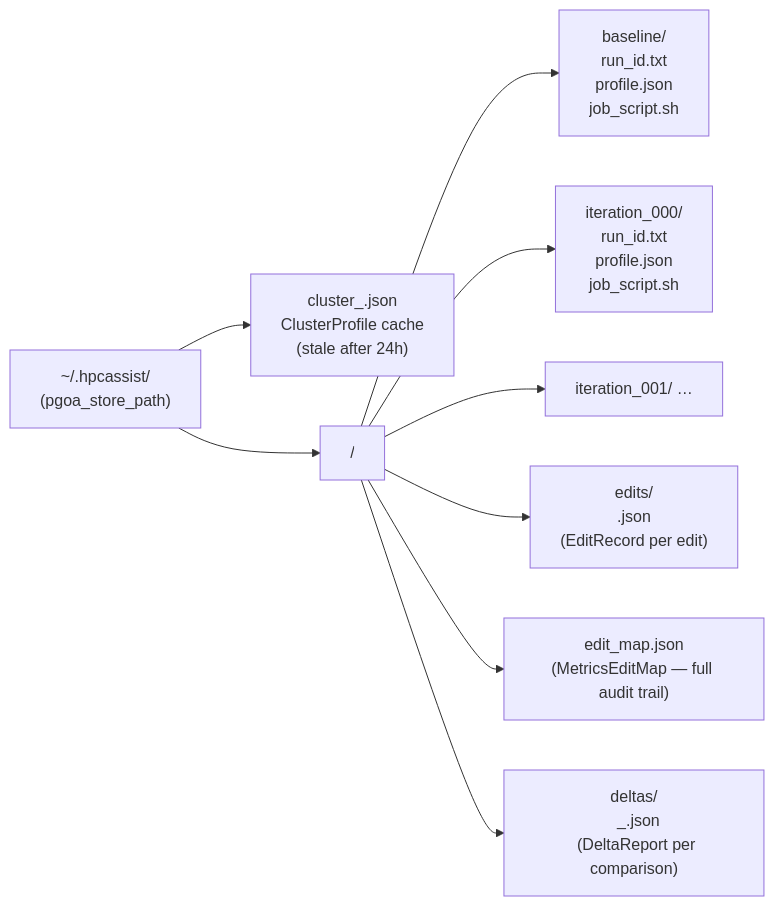
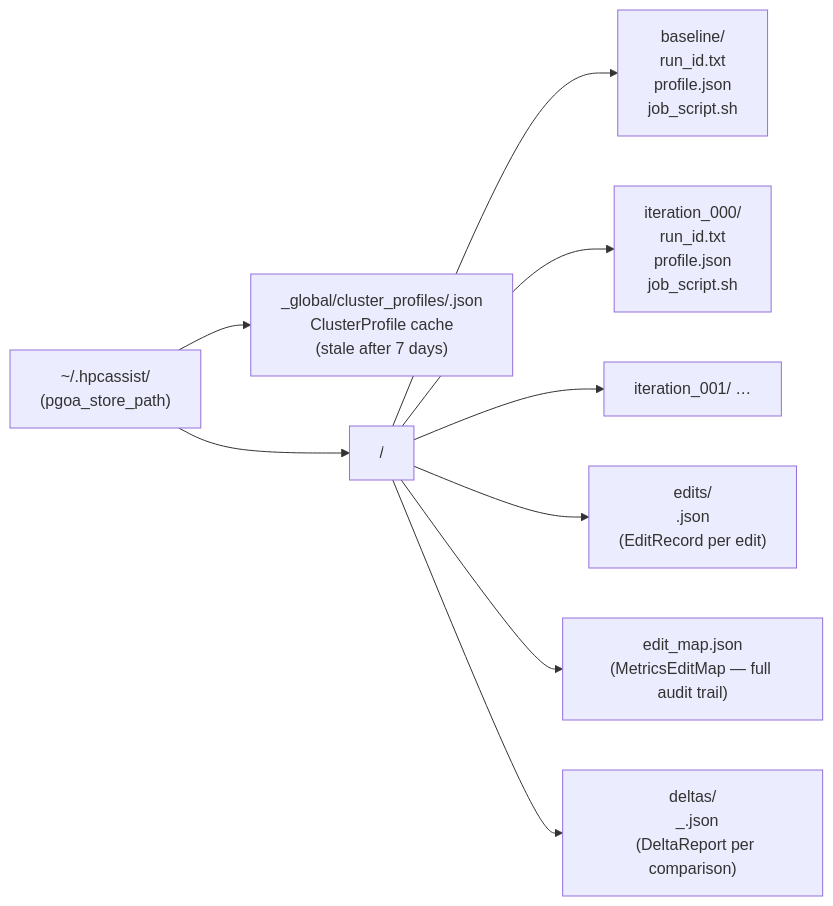
The fifth of 6 diagrams in docs/architecture.md (varunsv97/HPC-Claw), drawn with Mermaid before and after one commit. The commit also changed other lines of this file and 26 other files, not shown here.

Commit message:
Update architecture docs for module discovery

````diff
--- a/docs/architecture.md
+++ b/docs/architecture.md
@@ -372,14 +382,14 @@
 ```mermaid
 graph LR
     Base["~/.hpcassist/\n(pgoa_store_path)"]
 
-    Base --> CL["cluster_<name>.json\nClusterProfile cache\n(stale after 24h)"]
+    Base --> CL["_global/cluster_profiles/<name>.json\nClusterProfile cache\n(stale after 7 days)"]
 
     Base --> WL["<workload_id>/"]
     WL --> BL["baseline/\n  run_id.txt\n  profile.json\n  job_script.sh"]
     WL --> IT["iteration_000/\n  run_id.txt\n  profile.json\n  job_script.sh"]
     WL --> IT2["iteration_001/ …"]
     WL --> ED["edits/\n  <edit_id>.json\n  (EditRecord per edit)"]
     WL --> EM["edit_map.json\n(MetricsEditMap — full audit trail)"]
     WL --> DR["deltas/\n  <from>_<to>.json\n  (DeltaReport per comparison)"]
 ```
````
